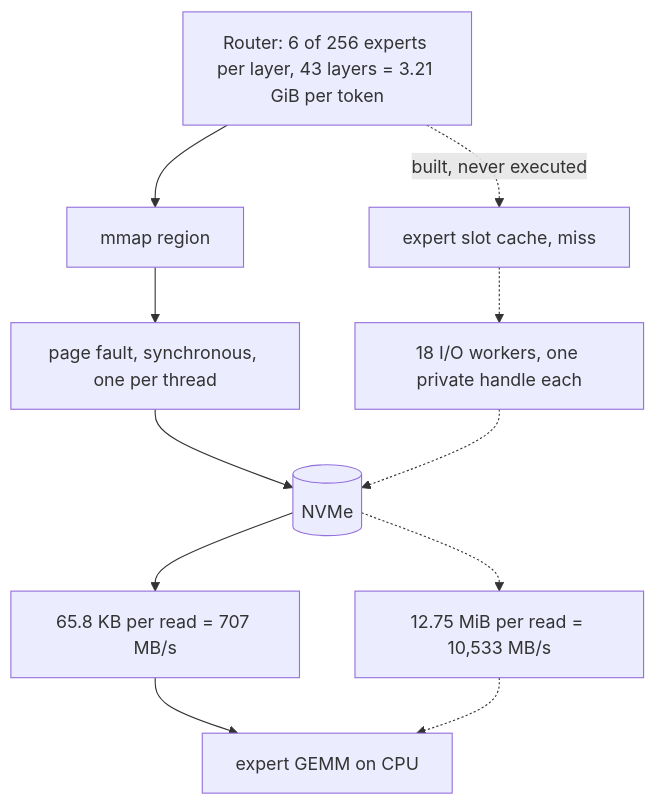
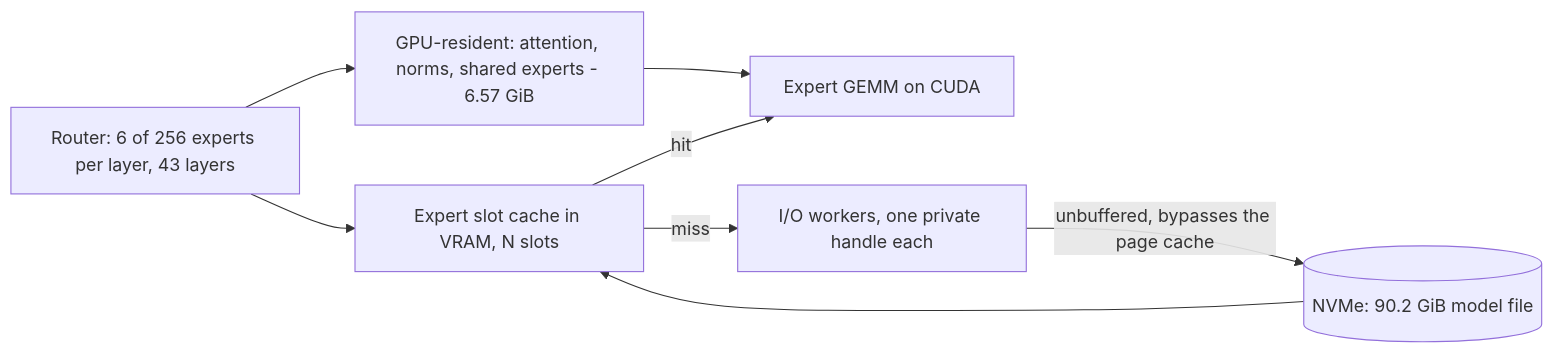
Before and after one commit to birhantprkc/Crow: the diagram in README.md, drawn with Mermaid. The commit also changed other lines of this file, not shown here.

````diff
--- a/README.md
+++ b/README.md
@@ -88,16 +51,13 @@
 ```mermaid
-flowchart TD
-    R["Router: 6 of 256 experts per layer, 43 layers = 3.21 GiB per token"]
+flowchart LR
+    R["Router: 6 of 256 experts per layer, 43 layers"]
 
-    R --> A["mmap region"]
-    A --> B["page fault, synchronous, one per thread"]
-    B --> N[("NVMe")]
-    N --> C["65.8 KB per read = 707 MB/s"]
-    C --> G["expert GEMM on CPU"]
+    R --> RES["GPU-resident: attention, norms, shared experts - 6.57 GiB"]
+    R --> CACHE["Expert slot cache in VRAM, N slots"]
 
-    R -.->|built, never executed| S["expert slot cache, miss"]
-    S -.-> W["18 I/O workers, one private handle each"]
-    W -.-> N
-    N -.-> P["12.75 MiB per read = 10,533 MB/s"]
-    P -.-> G
+    CACHE -->|hit| GEMM["Expert GEMM on CUDA"]
+    CACHE -->|miss| IO["I/O workers, one private handle each"]
+    IO -->|"unbuffered, bypasses the page cache"| NVME[("NVMe: 90.2 GiB model file")]
+    NVME --> CACHE
+    RES --> GEMM
 ```
````
